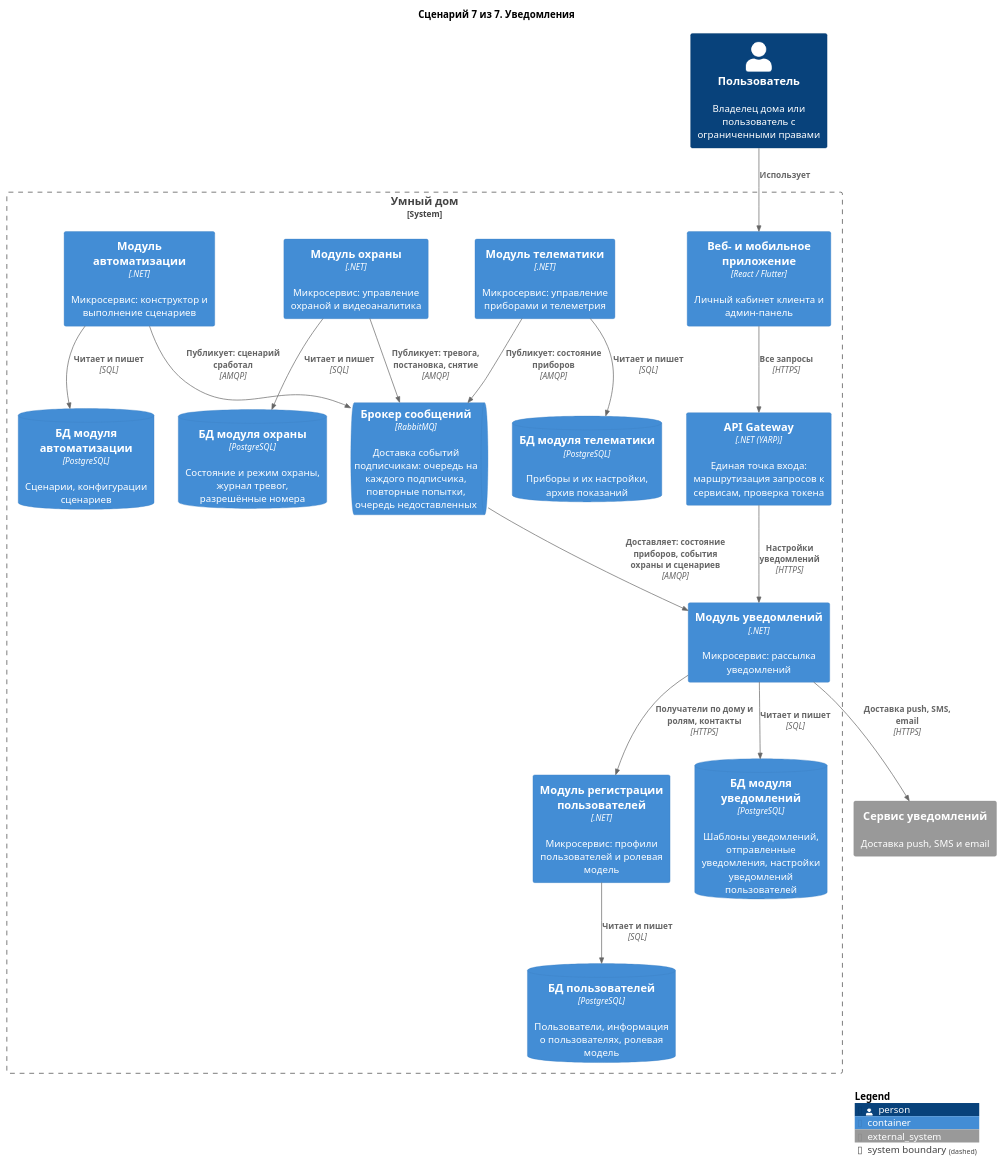
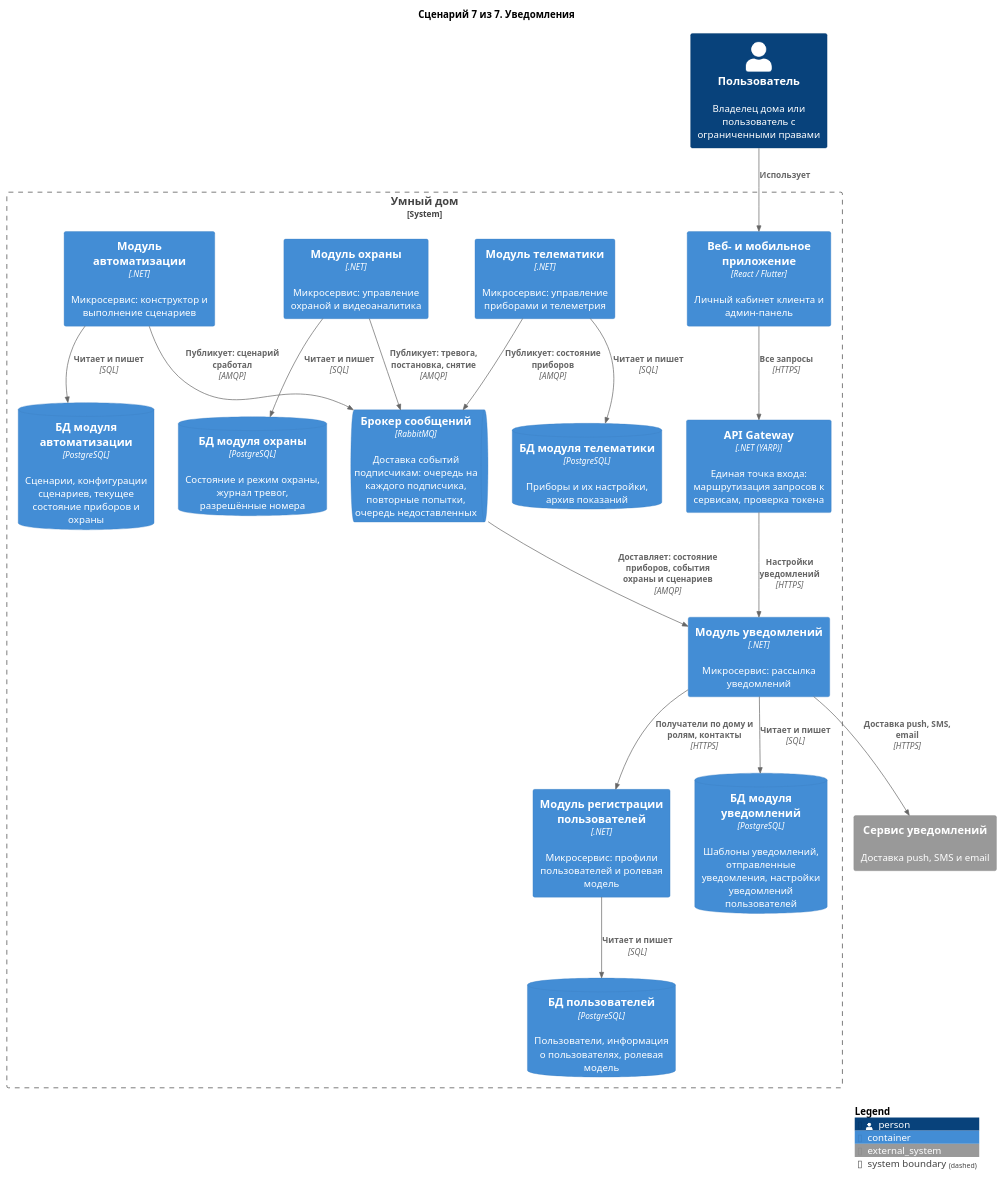
The diagram in diagrams/containers-scenarios/07-notifications.puml (Lyamin-av/architecture-warmhouse), drawn with PlantUML before and after one commit. The commit also changed 10 other files, not shown here.

First line of the commit message:
C4: диаграмма кода «Выполнение сценариев» (триггеры, условия по текущему состоянию, действия)

```diff
--- a/diagrams/containers-scenarios/07-notifications.puml
+++ b/diagrams/containers-scenarios/07-notifications.puml
@@ -1,43 +1,43 @@
 @startuml 07-notifications
 !include <C4/C4_Container>
 
 title Сценарий 7 из 7. Уведомления
 
 Person(user, "Пользователь", "Владелец дома или пользователь с ограниченными правами")
 
 System_Boundary(Warmhouse, "Умный дом") {
     Container(apps, "Веб- и мобильное приложение", "React / Flutter", "Личный кабинет клиента и админ-панель")
     Container(Gateway, "API Gateway", ".NET (YARP)", "Единая точка входа: маршрутизация запросов к сервисам, проверка токена")
     Container(Notification, "Модуль уведомлений", ".NET", "Микросервис: рассылка уведомлений")
     Container(Users, "Модуль регистрации пользователей", ".NET", "Микросервис: профили пользователей и ролевая модель")
     ContainerQueue(Broker, "Брокер сообщений", "RabbitMQ", "Доставка событий подписчикам: очередь на каждого подписчика, повторные попытки, очередь недоставленных")
     Container(Telematics, "Модуль телематики", ".NET", "Микросервис: управление приборами и телеметрия")
     Container(Security, "Модуль охраны", ".NET", "Микросервис: управление охраной и видеоаналитика")
     Container(Automation, "Модуль автоматизации", ".NET", "Микросервис: конструктор и выполнение сценариев")
     ContainerDb(dbSecurity, "БД модуля охраны", "PostgreSQL", "Состояние и режим охраны, журнал тревог, разрешённые номера")
     ContainerDb(dbTelematics, "БД модуля телематики", "PostgreSQL", "Приборы и их настройки, архив показаний")
-    ContainerDb(dbAuto, "БД модуля автоматизации", "PostgreSQL", "Сценарии, конфигурации сценариев")
+    ContainerDb(dbAuto, "БД модуля автоматизации", "PostgreSQL", "Сценарии, конфигурации сценариев, текущее состояние приборов и охраны")
     ContainerDb(dbNot, "БД модуля уведомлений", "PostgreSQL", "Шаблоны уведомлений, отправленные уведомления, настройки уведомлений пользователей")
     ContainerDb(dbUsers, "БД пользователей", "PostgreSQL", "Пользователи, информация о пользователях, ролевая модель")
 }
 
 System_Ext(notify, "Сервис уведомлений", "Доставка push, SMS и email")
 
 Rel(user, apps, "Использует")
 Rel(apps, Gateway, "Все запросы", "HTTPS")
 Rel(Gateway, Notification, "Настройки уведомлений", "HTTPS")
 Rel(Telematics, Broker, "Публикует: состояние приборов", "AMQP")
 Rel(Security, Broker, "Публикует: тревога, постановка, снятие", "AMQP")
 Rel(Automation, Broker, "Публикует: сценарий сработал", "AMQP")
 Rel(Broker, Notification, "Доставляет: состояние приборов, события охраны и сценариев", "AMQP")
 Rel(Notification, Users, "Получатели по дому и ролям, контакты", "HTTPS")
 Rel(Notification, notify, "Доставка push, SMS, email", "HTTPS")
 
 Rel(Security, dbSecurity, "Читает и пишет", "SQL")
 Rel(Telematics, dbTelematics, "Читает и пишет", "SQL")
 Rel(Automation, dbAuto, "Читает и пишет", "SQL")
 Rel(Notification, dbNot, "Читает и пишет", "SQL")
 Rel(Users, dbUsers, "Читает и пишет", "SQL")
 
 SHOW_LEGEND()
 @enduml
```
